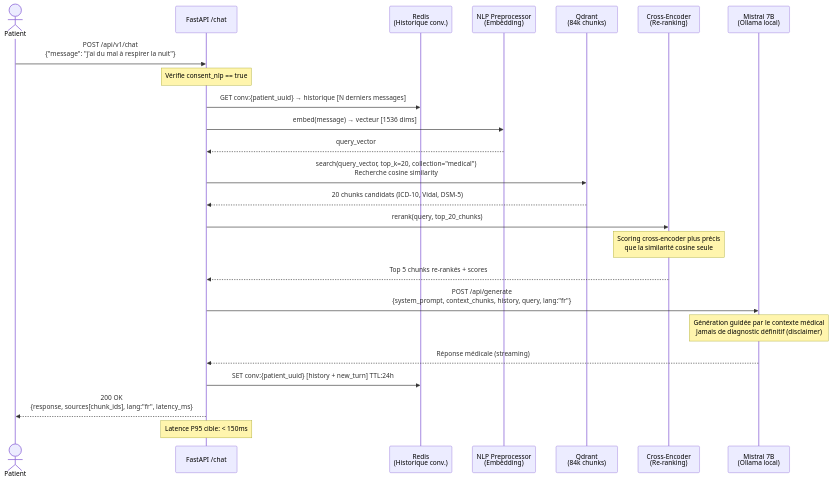
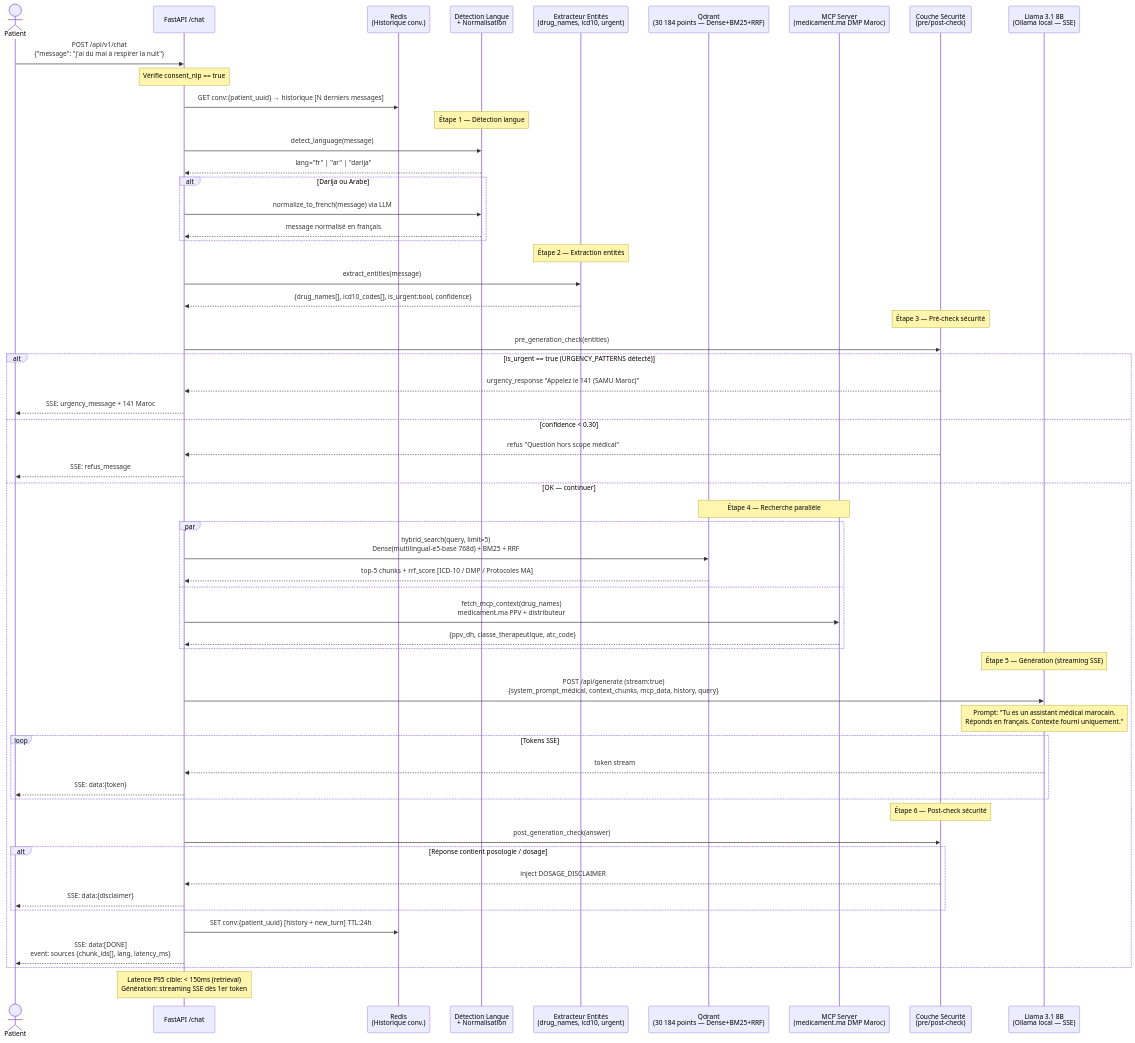
Before and after one commit to Boussyf0/MediSense-AI: diagram 19 of 32 in docs/DIAGRAMMES.md, drawn with Mermaid. The commit also changed other lines of this file and 17 other files, not shown here.

````diff
--- a/docs/DIAGRAMMES.md
+++ b/docs/DIAGRAMMES.md
@@ -821,34 +824,67 @@
 ```mermaid
 sequenceDiagram
     actor Patient
     participant API as FastAPI /chat
     participant REDIS as Redis<br/>(Historique conv.)
-    participant NLP as NLP Preprocessor<br/>(Embedding)
-    participant QDR as Qdrant<br/>(84k chunks)
-    participant CE as Cross-Encoder<br/>(Re-ranking)
-    participant LLM as Mistral 7B<br/>(Ollama local)
+    participant LANG as Détection Langue<br/>+ Normalisation
+    participant NLP as Extracteur Entités<br/>(drug_names, icd10, urgent)
+    participant QDR as Qdrant<br/>(30 184 points — Dense+BM25+RRF)
+    participant MCP as MCP Server<br/>(medicament.ma DMP Maroc)
+    participant SAFE as Couche Sécurité<br/>(pre/post-check)
+    participant LLM as Llama 3.1 8B<br/>(Ollama local — SSE)
 
     Patient->>API: POST /api/v1/chat<br/>{"message": "j'ai du mal à respirer la nuit"}
     Note over API: Vérifie consent_nlp == true
 
     API->>REDIS: GET conv:{patient_uuid} → historique [N derniers messages]
 
-    API->>NLP: embed(message) → vecteur [1536 dims]
-    NLP-->>API: query_vector
+    Note over LANG: Étape 1 — Détection langue
+    API->>LANG: detect_language(message)
+    LANG-->>API: lang="fr" | "ar" | "darija"
+    alt Darija ou Arabe
+        API->>LANG: normalize_to_french(message) via LLM
+        LANG-->>API: message normalisé en français
+    end
 
-    API->>QDR: search(query_vector, top_k=20, collection="medical")<br/>Recherche cosine similarity
-    QDR-->>API: 20 chunks candidats (ICD-10, Vidal, DSM-5)
+    Note over NLP: Étape 2 — Extraction entités
+    API->>NLP: extract_entities(message)
+    NLP-->>API: {drug_names[], icd10_codes[], is_urgent:bool, confidence}
 
-    API->>CE: rerank(query, top_20_chunks)
-    Note over CE: Scoring cross-encoder plus précis<br/>que la similarité cosine seule
-    CE-->>API: Top 5 chunks re-rankés + scores
+    Note over SAFE: Étape 3 — Pré-check sécurité
+    API->>SAFE: pre_generation_check(entities)
+    alt is_urgent == true (URGENCY_PATTERNS détecté)
+        SAFE-->>API: urgency_response "Appelez le 141 (SAMU Maroc)"
+        API-->>Patient: SSE: urgency_message + 141 Maroc
+    else confidence < 0.30
+        SAFE-->>API: refus "Question hors scope médical"
+        API-->>Patient: SSE: refus_message
+    else OK — continuer
+        Note over QDR,MCP: Étape 4 — Recherche parallèle
+        par
+            API->>QDR: hybrid_search(query, limit=5)<br/>Dense(multilingual-e5-base 768d) + BM25 + RRF
+            QDR-->>API: top-5 chunks + rrf_score [ICD-10 / DMP / Protocoles MA]
+        and
+            API->>MCP: fetch_mcp_context(drug_names)<br/>medicament.ma PPV + distributeur
+            MCP-->>API: {ppv_dh, classe_therapeutique, atc_code}
+        end
 
-    API->>LLM: POST /api/generate<br/>{system_prompt, context_chunks, history, query, lang:"fr"}
-    Note over LLM: Génération guidée par le contexte médical<br/>Jamais de diagnostic définitif (disclaimer)
-    LLM-->>API: Réponse médicale (streaming)
+        Note over LLM: Étape 5 — Génération (streaming SSE)
+        API->>LLM: POST /api/generate (stream:true)<br/>{system_prompt_médical, context_chunks, mcp_data, history, query}
+        Note over LLM: Prompt: "Tu es un assistant médical marocain.<br/>Réponds en français. Contexte fourni uniquement."
+        loop Tokens SSE
+            LLM-->>API: token stream
+            API-->>Patient: SSE: data:{token}
+        end
 
-    API->>REDIS: SET conv:{patient_uuid} [history + new_turn] TTL:24h
+        Note over SAFE: Étape 6 — Post-check sécurité
+        API->>SAFE: post_generation_check(answer)
+        alt Réponse contient posologie / dosage
+            SAFE-->>API: inject DOSAGE_DISCLAIMER
+            API-->>Patient: SSE: data:{disclaimer}
+        end
 
-    API-->>Patient: 200 OK<br/>{response, sources[chunk_ids], lang:"fr", latency_ms}
-    Note over API: Latence P95 cible: < 150ms
+        API->>REDIS: SET conv:{patient_uuid} [history + new_turn] TTL:24h
+        API-->>Patient: SSE: data:[DONE]<br/>event: sources {chunk_ids[], lang, latency_ms}
+    end
+    Note over API: Latence P95 cible: < 150ms (retrieval)<br/>Génération: streaming SSE dès 1er token
 ```
````
